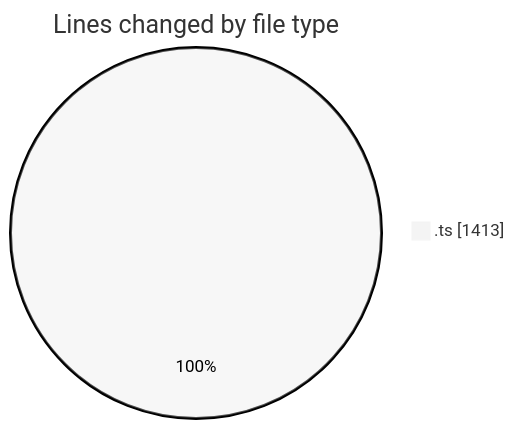
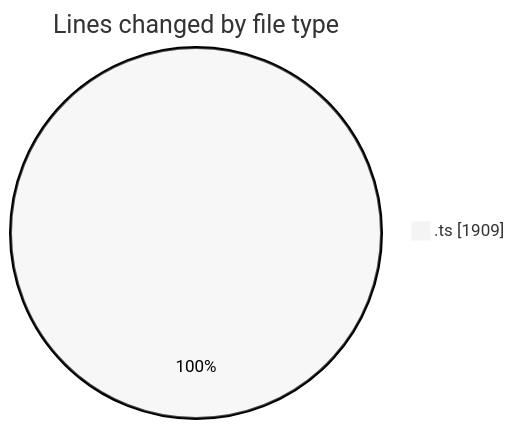
One commit to momahboobian/code-tracking changed the first of 2 diagrams in 2025-06-24/cda/README.md. Above: the diagram before and after it, drawn with Mermaid (neutral theme). The commit also changed other lines of this file and 1 other file, not shown here.

````diff
--- a/2025-06-24/cda/README.md
+++ b/2025-06-24/cda/README.md
@@ -22,5 +23,5 @@
 ```mermaid
 pie showData
 title Lines changed by file type
-".ts" : 1413
+".ts" : 1909
 ```
````
